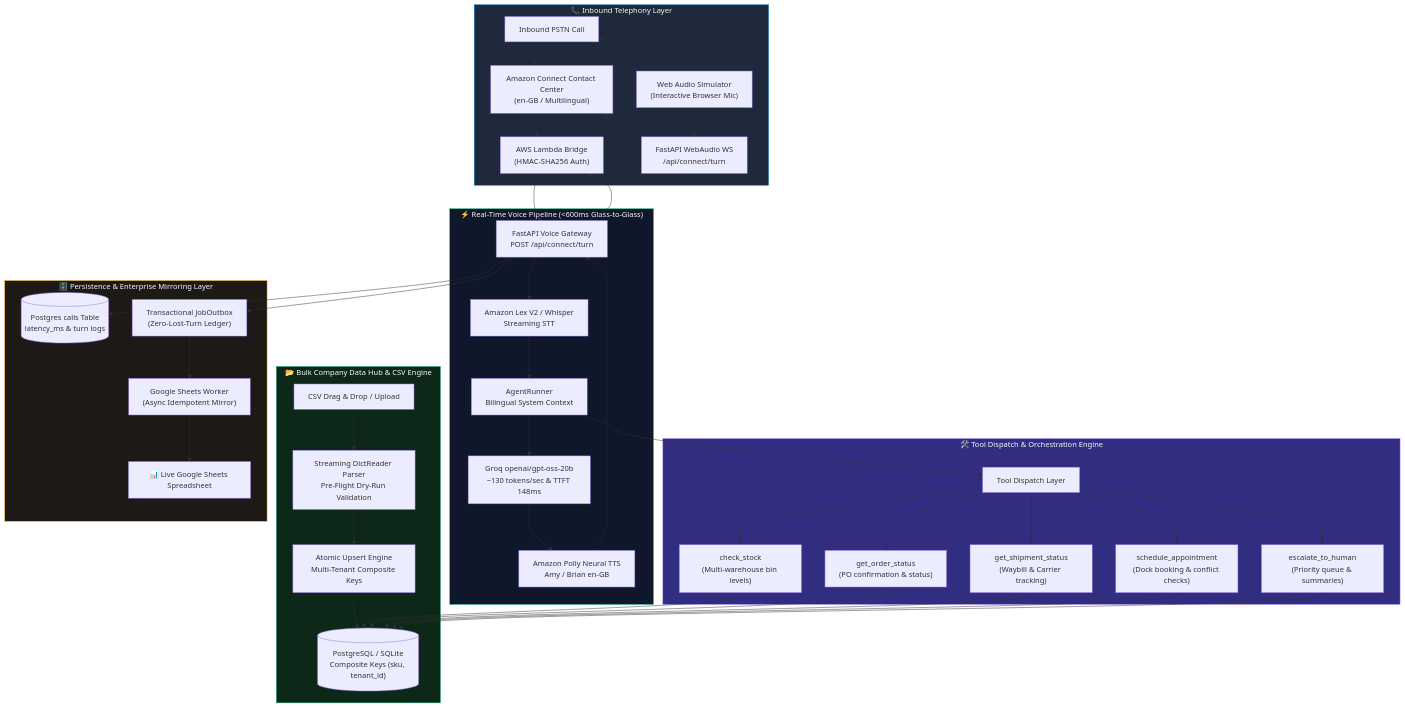
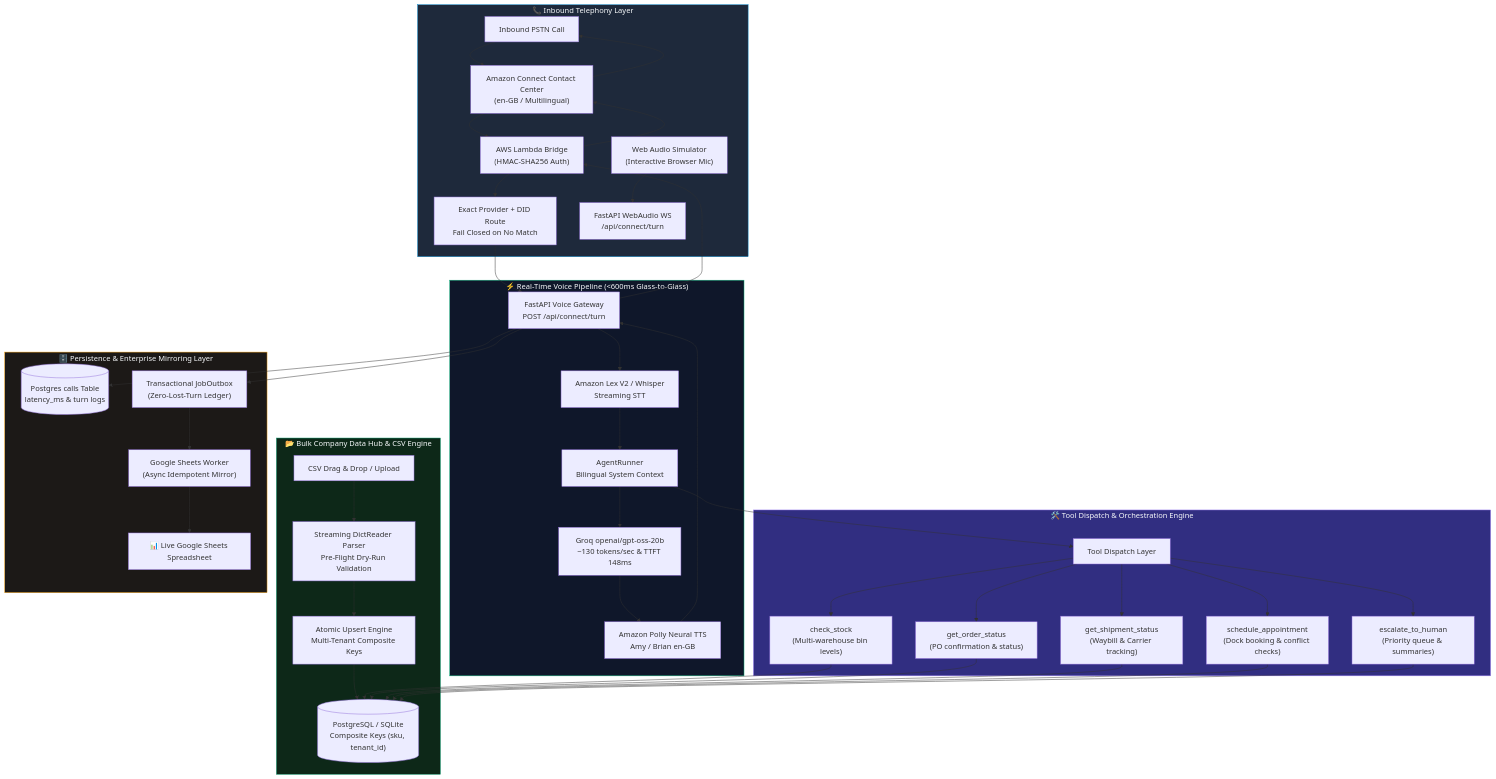
The first of 3 diagrams in README.md (jeevesh2515/voxflow-voice-agent), drawn with Mermaid before and after one commit. The commit also changed other lines of this file and 56 other files, not shown here.

First line of the commit message:
feat(telephony): add exact DID routing and secure caller verification

````diff
--- a/README.md
+++ b/README.md
@@ -101,54 +101,55 @@
 ```mermaid
 flowchart TB
     subgraph Telephony["📞 Inbound Telephony Layer"]
         PSTN["Inbound PSTN Call"] --> Connect["Amazon Connect Contact Center\n(en-GB / Multilingual)"]
         Connect --> Lambda["AWS Lambda Bridge\n(HMAC-SHA256 Auth)"]
+        Lambda --> RouteGate["Exact Provider + DID Route\nFail Closed on No Match"]
         WebMic["Web Audio Simulator\n(Interactive Browser Mic)"] --> WebWS["FastAPI WebAudio WS\n/api/connect/turn"]
     end
 
     subgraph CoreEngine["⚡ Real-Time Voice Pipeline (<600ms Glass-to-Glass)"]
-        Lambda --> FastAPITurn["FastAPI Voice Gateway\nPOST /api/connect/turn"]
+        RouteGate --> FastAPITurn["FastAPI Voice Gateway\nPOST /api/connect/turn"]
         FastAPITurn --> LexSTT["Amazon Lex V2 / Whisper\nStreaming STT"]
         LexSTT --> AgentRunner["AgentRunner\nBilingual System Context"]
         AgentRunner --> LLMGroq["Groq openai/gpt-oss-20b\n~130 tokens/sec & TTFT 148ms"]
         LLMGroq --> PollyTTS["Amazon Polly Neural TTS\nAmy / Brian en-GB"]
         PollyTTS --> FastAPITurn
     end
 
     subgraph DataIngestion["📂 Bulk Company Data Hub & CSV Engine"]
         CSVUpload["CSV Drag & Drop / Upload"] --> CSVValidator["Streaming DictReader Parser\nPre-Flight Dry-Run Validation"]
         CSVValidator --> UpsertEngine["Atomic Upsert Engine\nMulti-Tenant Composite Keys"]
         UpsertEngine --> TenantDB
     end
 
     subgraph Tools["🛠️ Tool Dispatch & Orchestration Engine"]
         AgentRunner --> ToolExec["Tool Dispatch Layer"]
         ToolExec --> CheckStock["check_stock\n(Multi-warehouse bin levels)"]
         ToolExec --> OrderStatus["get_order_status\n(PO confirmation & status)"]
         ToolExec --> ShipStatus["get_shipment_status\n(Waybill & Carrier tracking)"]
         ToolExec --> ScheduleDock["schedule_appointment\n(Dock booking & conflict checks)"]
         ToolExec --> Escalations["escalate_to_human\n(Priority queue & summaries)"]
     end
 
     subgraph Storage["🗄️ Persistence & Enterprise Mirroring Layer"]
         CheckStock --> TenantDB[("PostgreSQL / SQLite\nComposite Keys (sku, tenant_id)")]
         OrderStatus --> TenantDB
         ShipStatus --> TenantDB
         ScheduleDock --> TenantDB
         Escalations --> TenantDB
         FastAPITurn --> PostgresCalls[("Postgres calls Table\nlatency_ms & turn logs")]
         FastAPITurn --> OutboxQueue["Transactional JobOutbox\n(Zero-Lost-Turn Ledger)"]
         OutboxQueue --> SheetsWorker["Google Sheets Worker\n(Async Idempotent Mirror)"]
         SheetsWorker --> GSheets["📊 Live Google Sheets Spreadsheet"]
     end
 
     FastAPITurn --> Lambda
     Lambda --> Connect
     Connect --> PSTN
 
     style Telephony fill:#1E293B,stroke:#0284C7,color:#F8FAFC
     style CoreEngine fill:#0F172A,stroke:#10B981,color:#F8FAFC
     style DataIngestion fill:#0D2818,stroke:#059669,color:#F8FAFC
     style Tools fill:#312E81,stroke:#A78BFA,color:#F8FAFC
     style Storage fill:#1C1917,stroke:#F59E0B,color:#F8FAFC
 ```
````
